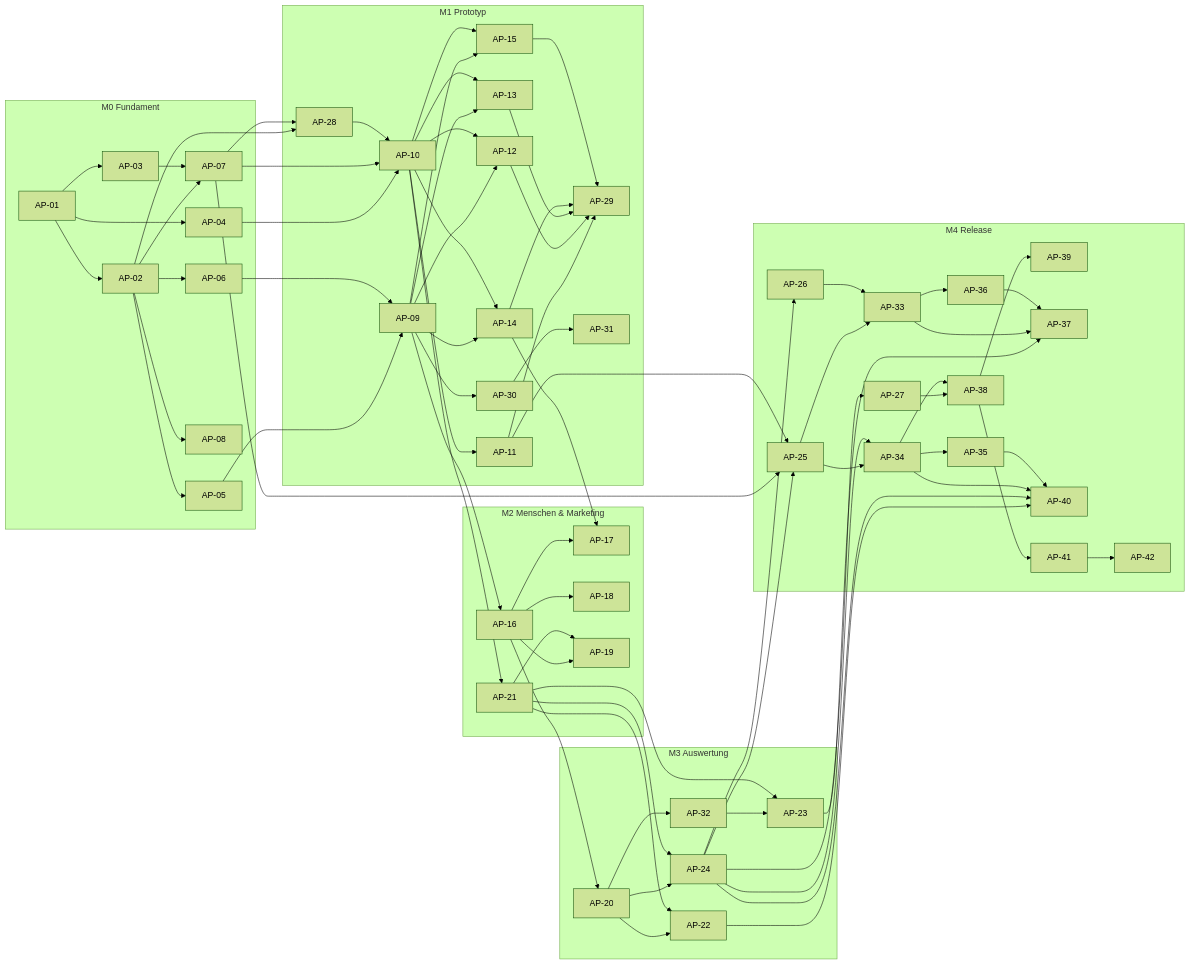
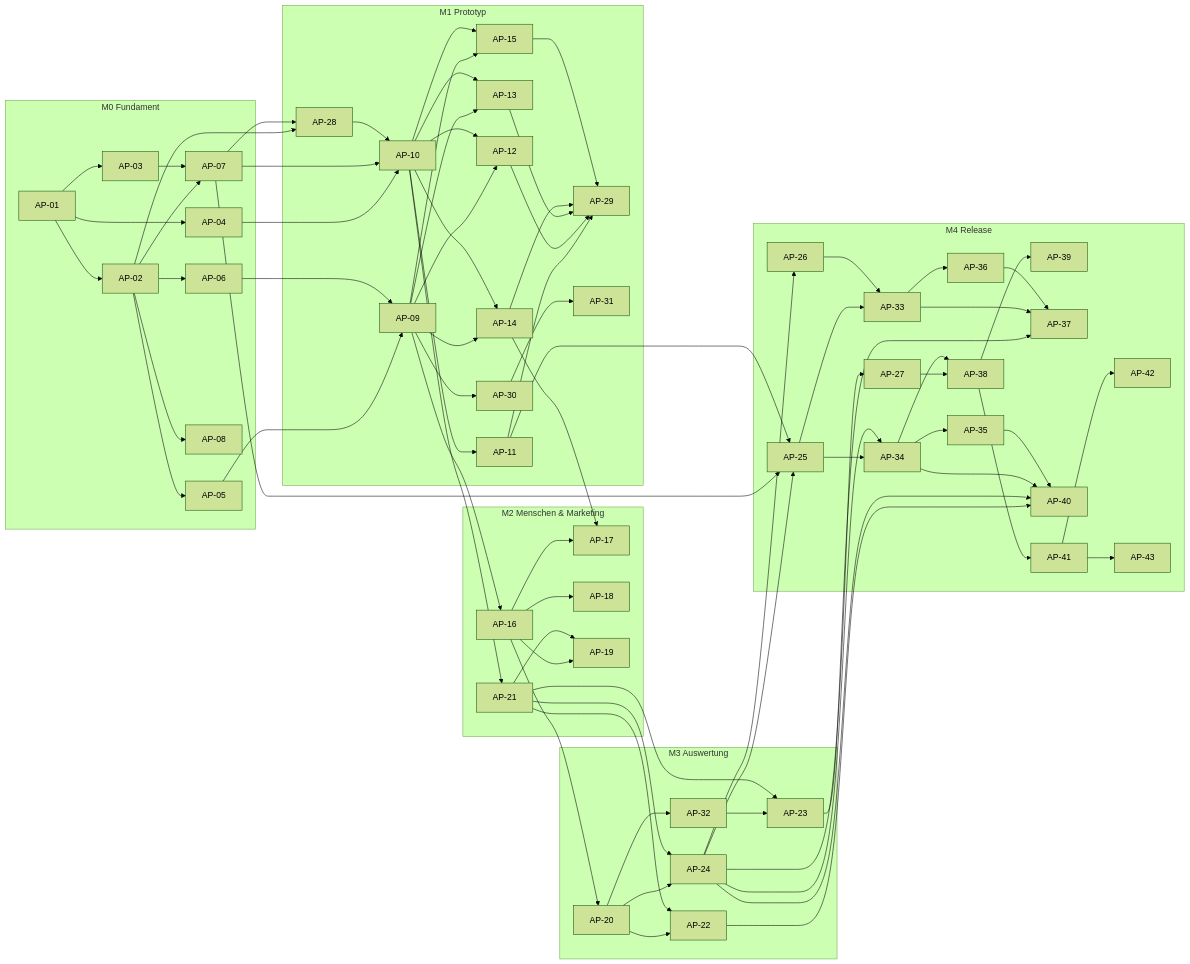
One commit to CemDCoding/appManager changed the third of 3 diagrams in docs/masterBuildPlan.md. Above: the diagram before and after it, drawn with Mermaid (forest theme). The commit also changed other lines of this file, not shown here.

````diff
--- a/docs/masterBuildPlan.md
+++ b/docs/masterBuildPlan.md
@@ -605,60 +608,62 @@
 ```mermaid
 flowchart LR
   subgraph M0["M0 Fundament"]
     AP01["AP-01"] --> AP02["AP-02"] & AP03["AP-03"] & AP04["AP-04"]
     AP02 --> AP05["AP-05"] & AP06["AP-06"] & AP07["AP-07"] & AP08["AP-08"]
     AP03 --> AP07
   end
   subgraph M1["M1 Prototyp"]
     AP09["AP-09"]
     AP28["AP-28"]
     AP10["AP-10"]
     AP09 & AP10 --> AP12["AP-12"] & AP13["AP-13"] & AP14["AP-14"] & AP15["AP-15"]
     AP10 --> AP11["AP-11"]
     AP11 & AP12 & AP13 & AP14 & AP15 --> AP29["AP-29"]
     AP09 --> AP30["AP-30"] --> AP31["AP-31"]
   end
   subgraph M2["M2 Menschen & Marketing"]
     AP16["AP-16"] --> AP17["AP-17"] & AP18["AP-18"] & AP19["AP-19"]
     AP21["AP-21"] --> AP19
   end
   subgraph M3["M3 Auswertung"]
     AP20["AP-20"] --> AP22["AP-22"] & AP24["AP-24"] & AP32["AP-32"]
     AP32 --> AP23["AP-23"]
   end
   AP21 --> AP22 & AP23 & AP24
   AP14 --> AP17
   subgraph M4["M4 Release"]
     AP25["AP-25"]
     AP26["AP-26"]
     AP27["AP-27"]
     AP33["AP-33"]
     AP34["AP-34"]
     AP35["AP-35"]
     AP36["AP-36"]
     AP38["AP-38"]
     AP39["AP-39"]
     AP37["AP-37"]
     AP40["AP-40"]
     AP41["AP-41"]
     AP42["AP-42"]
+    AP43["AP-43"]
   end
   AP05 & AP06 --> AP09
   AP02 & AP07 --> AP28
   AP04 & AP07 & AP28 --> AP10
   AP09 --> AP16 --> AP20
   AP10 --> AP21
   AP07 & AP11 --> AP25
   AP24 --> AP25 & AP26 & AP27
   AP25 --> AP33 & AP34
   AP26 --> AP33
   AP24 --> AP34
   AP34 --> AP35
   AP33 --> AP36
   AP27 & AP34 --> AP38
   AP38 --> AP39
   AP23 & AP33 & AP36 --> AP37
   AP22 & AP24 & AP34 & AP35 --> AP40
   AP38 --> AP41
   AP41 --> AP42
+  AP41 --> AP43
 ```
````
